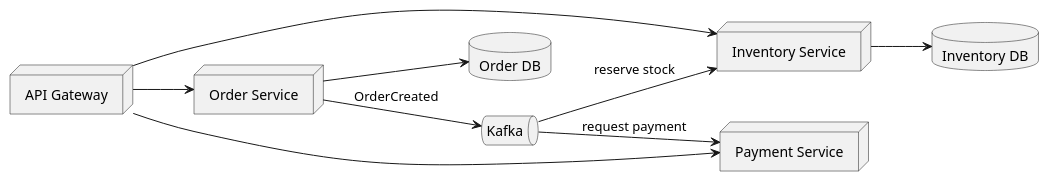
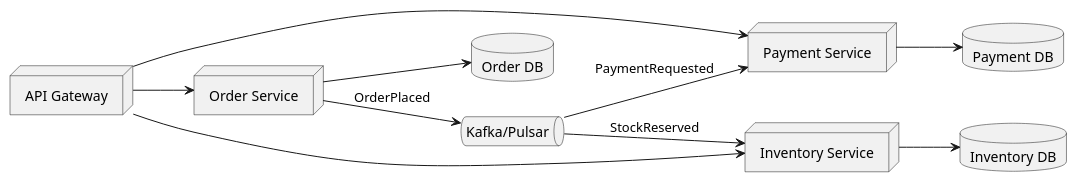
The diagram in docs/architecture/systems-architecture/architecture-types/microservices.md (iwizy/analyst_kb), drawn with PlantUML before and after one commit. The commit also changed other lines of this file and 30 other files, not shown here.

````diff
--- a/docs/architecture/systems-architecture/architecture-types/microservices.md
+++ b/docs/architecture/systems-architecture/architecture-types/microservices.md
@@ -25,21 +27,22 @@
 ```kroki-plantuml
 @startuml
 left to right direction
 node "API Gateway" as GW
-node "Order Service" as Order
-node "Inventory Service" as Inv
-node "Payment Service" as Pay
-queue "Kafka" as Kafka
+node "Order Service" as ORD
+node "Payment Service" as PAY
+node "Inventory Service" as INV
+queue "Kafka/Pulsar" as BUS
 database "Order DB" as ODB
+database "Payment DB" as PDB
 database "Inventory DB" as IDB
-
-GW --> Order
-GW --> Inv
-GW --> Pay
-Order --> ODB
-Inv --> IDB
-Order --> Kafka : OrderCreated
-Kafka --> Inv : reserve stock
-Kafka --> Pay : request payment
+GW --> ORD
+GW --> PAY
+GW --> INV
+ORD --> ODB
+PAY --> PDB
+INV --> IDB
+ORD --> BUS : OrderPlaced
+BUS --> PAY : PaymentRequested
+BUS --> INV : StockReserved
 @enduml
 ```
````
